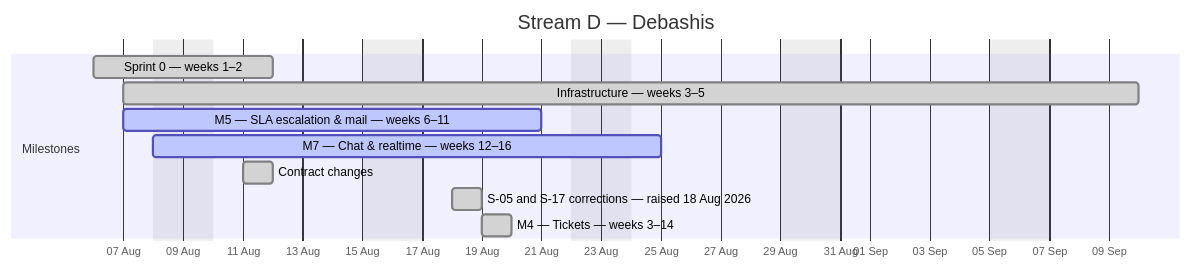
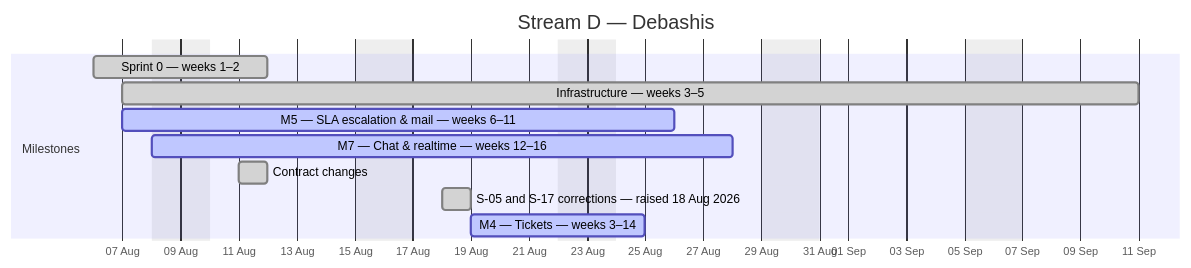
One commit to debashisedunext/EduTrack changed the fourth of 4 diagrams in docs/plan/GANTT.md. Above: the diagram before and after it, drawn with Mermaid. The commit also changed other lines of this file and 6 other files, not shown here.

````diff
--- a/docs/plan/GANTT.md
+++ b/docs/plan/GANTT.md
@@ -132,15 +125,15 @@
 ```mermaid
 gantt
     dateFormat YYYY-MM-DD
     axisFormat %d %b
     title Stream D — Debashis
     excludes weekends
     section Milestones
     Sprint 0 — weeks 1–2 :done, d0, 2026-08-06, 4d
-    Infrastructure — weeks 3–5 :done, d1, 2026-08-07, 24d
-    M5 — SLA  escalation & mail — weeks 6–11 :active, d2, 2026-08-07, 10d
-    M7 — Chat & realtime — weeks 12–16 :active, d3, 2026-08-08, 12d
+    Infrastructure — weeks 3–5 :done, d1, 2026-08-07, 25d
+    M5 — SLA  escalation & mail — weeks 6–11 :active, d2, 2026-08-07, 13d
+    M7 — Chat & realtime — weeks 12–16 :active, d3, 2026-08-08, 15d
     Contract changes :done, d4, 2026-08-11, 1d
     S-05 and S-17 corrections — raised 18 Aug 2026 :done, d5, 2026-08-18, 1d
-    M4 — Tickets — weeks 3–14 :done, d6, 2026-08-19, 1d
+    M4 — Tickets — weeks 3–14 :active, d6, 2026-08-19, 4d
 ```
````
